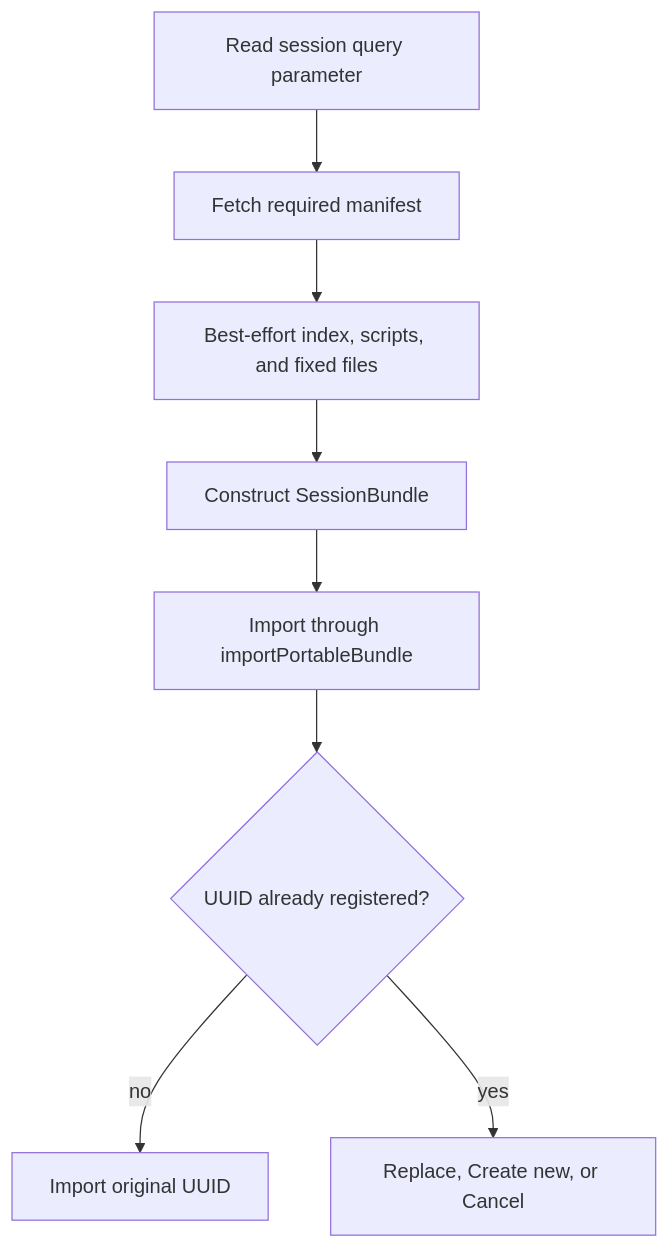
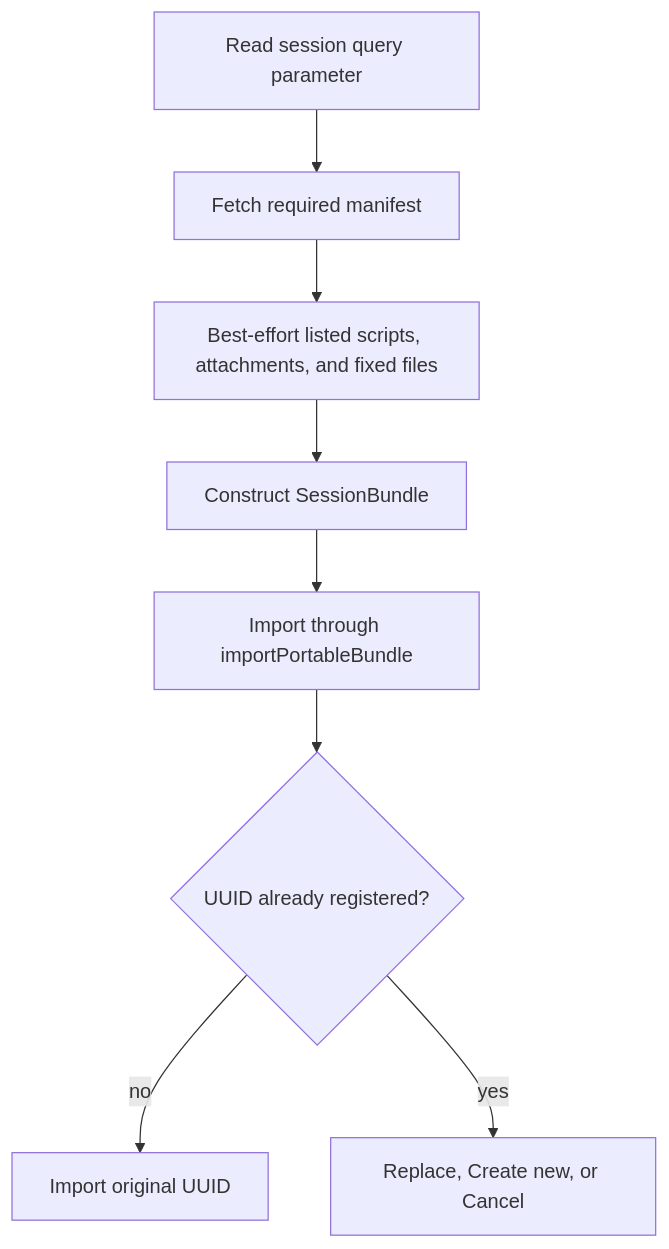
The diagram in docs/wip/github_sessions.md (ankoh/sqlynx), drawn with Mermaid before and after one commit. The commit also changed other lines of this file and 136 other files, not shown here.

````diff
--- a/docs/wip/github_sessions.md
+++ b/docs/wip/github_sessions.md
@@ -69,10 +80,10 @@
 ```mermaid
 flowchart TD
     A[Read session query parameter] --> B[Fetch required manifest]
-    B --> C[Best-effort index, scripts, and fixed files]
+    B --> C[Best-effort listed scripts, attachments, and fixed files]
     C --> D[Construct SessionBundle]
     D --> E[Import through importPortableBundle]
     E --> F{UUID already registered?}
     F -->|no| G[Import original UUID]
     F -->|yes| H[Replace, Create new, or Cancel]
 ```
````
